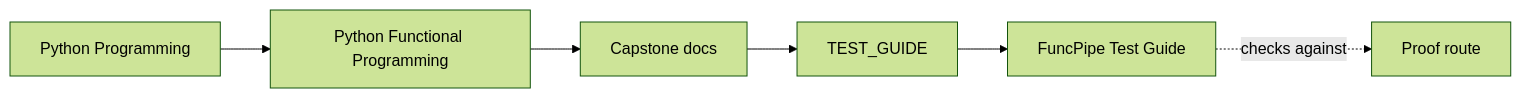
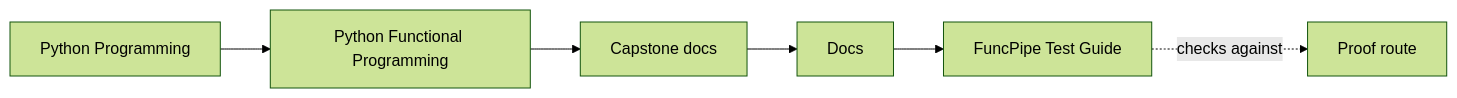
One commit to bijux/bijux-masterclass changed the first of 2 diagrams in programs/python-programming/python-functional-programming/capstone/docs/test-guide.md. Above: the diagram before and after it, drawn with Mermaid (forest theme). The commit also changed other lines of this file and 108 other files, not shown here.

````diff
--- a/programs/python-programming/python-functional-programming/capstone/docs/test-guide.md
+++ b/programs/python-programming/python-functional-programming/capstone/docs/test-guide.md
@@ -7,12 +7,12 @@
 ```mermaid
 graph LR
   family["Python Programming"]
   program["Python Functional Programming"]
   guide["Capstone docs"]
-  section["TEST_GUIDE"]
+  section["Docs"]
   page["FuncPipe Test Guide"]
   proof["Proof route"]
 
   family --> program --> guide --> section --> page
   page -.checks against.-> proof
 ```
````
